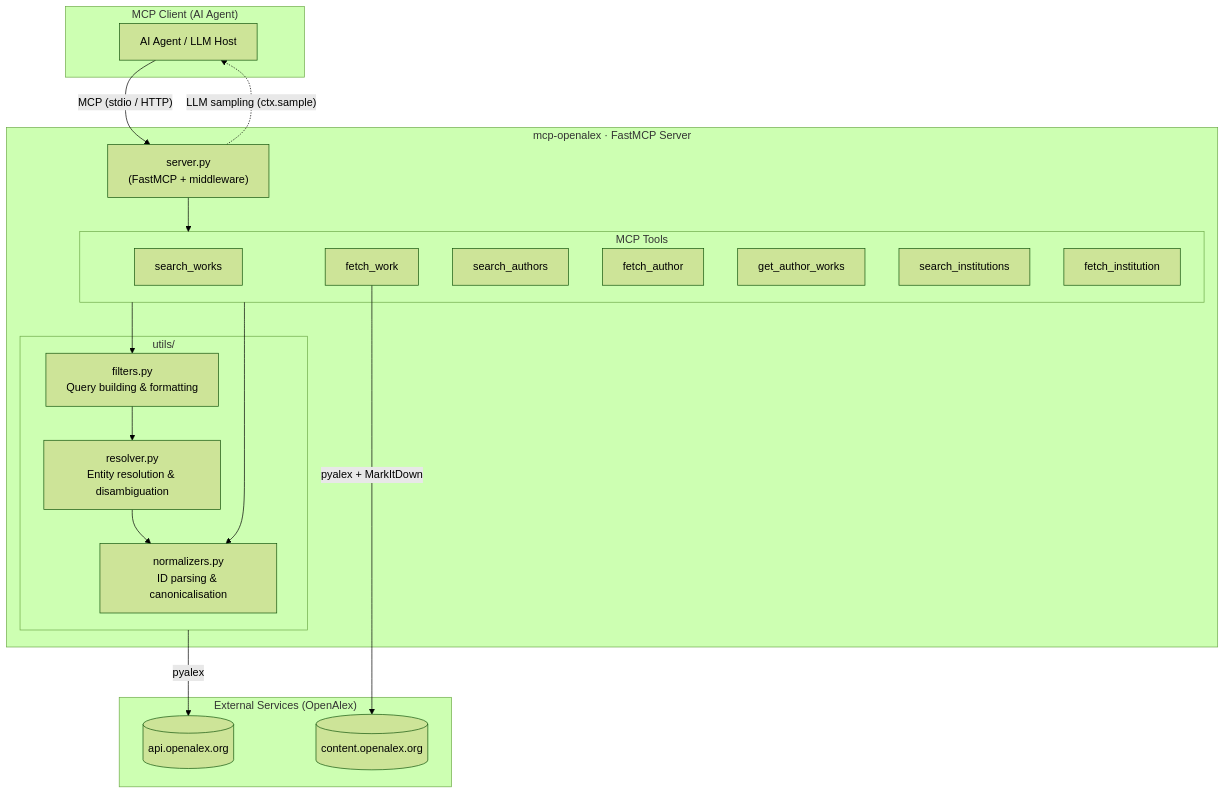
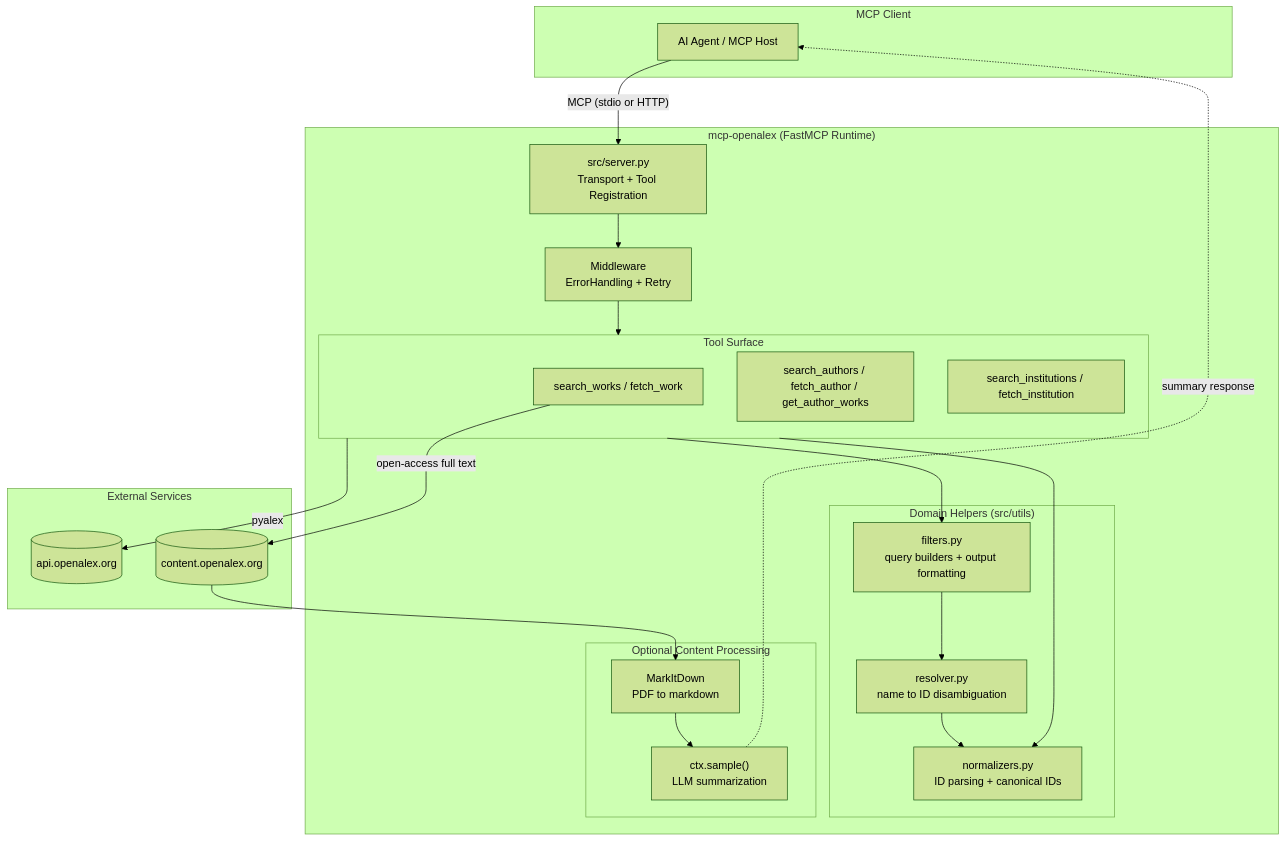
The first of 5 diagrams in ARCHITECTURE.md (ELumya/openalex-mcp), drawn with Mermaid (forest theme) before and after one commit. The commit also changed other lines of this file and 3 other files, not shown here.

Commit message:
chore: update .gitignore, enhance ARCHITECTURE.md, modify Dockerfile, and add semantic search to README

````diff
--- a/ARCHITECTURE.md
+++ b/ARCHITECTURE.md
@@ -5,41 +12,48 @@
 ```mermaid
 flowchart TD
-    subgraph Client["MCP Client (AI Agent)"]
-        LLM[AI Agent / LLM Host]
+    subgraph Client["MCP Client"]
+        Agent["AI Agent / MCP Host"]
     end
 
-    subgraph Server["mcp-openalex  ·  FastMCP Server"]
-        SRV["server.py\n(FastMCP + middleware)"]
+    subgraph Runtime["mcp-openalex (FastMCP Runtime)"]
+        Entry["src/server.py\nTransport + Tool Registration"]
+        MW["Middleware\nErrorHandling + Retry"]
 
-        subgraph Tools["MCP Tools"]
-            T1[search_works]
-            T2[fetch_work]
-            T3[search_authors]
-            T4[fetch_author]
-            T5[get_author_works]
-            T6[search_institutions]
-            T7[fetch_institution]
+        subgraph APIs["Tool Surface"]
+            TW["search_works / fetch_work"]
+            TA["search_authors / fetch_author / get_author_works"]
+            TI["search_institutions / fetch_institution"]
         end
 
-        subgraph Utils["utils/"]
-            NORM[normalizers.py\nID parsing & canonicalisation]
-            FILT[filters.py\nQuery building & formatting]
-            RES[resolver.py\nEntity resolution & disambiguation]
+        subgraph Domain["Domain Helpers (src/utils)"]
+            NORM["normalizers.py\nID parsing + canonical IDs"]
+            FILT["filters.py\nquery builders + output formatting"]
+            RES["resolver.py\nname to ID disambiguation"]
+        end
+
+        subgraph Integrations["Optional Content Processing"]
+            MD["MarkItDown\nPDF to markdown"]
+            Sample["ctx.sample()\nLLM summarization"]
         end
     end
 
-    subgraph Ext["External Services (OpenAlex)"]
-        OALEX[(api.openalex.org)]
-        PDF[(content.openalex.org)]
+    subgraph OpenAlex["External Services"]
+        API[(api.openalex.org)]
+        Content[(content.openalex.org)]
     end
 
-    LLM -->|"MCP (stdio / HTTP)"| SRV
-    SRV --> Tools
-    Tools --> NORM
-    Tools --> FILT
+    Agent -->|"MCP (stdio or HTTP)"| Entry
+    Entry --> MW
+    MW --> APIs
+
+    APIs --> NORM
+    APIs --> FILT
     FILT --> RES
     RES --> NORM
-    Utils -->|pyalex| OALEX
-    T2 -->|"pyalex + MarkItDown"| PDF
-    SRV -.->|"LLM sampling (ctx.sample)"| LLM
+
+    APIs -->|"pyalex"| API
+    TW -->|"open-access full text"| Content
+    Content --> MD
+    MD --> Sample
+    Sample -.->|"summary response"| Agent
 ```
````
